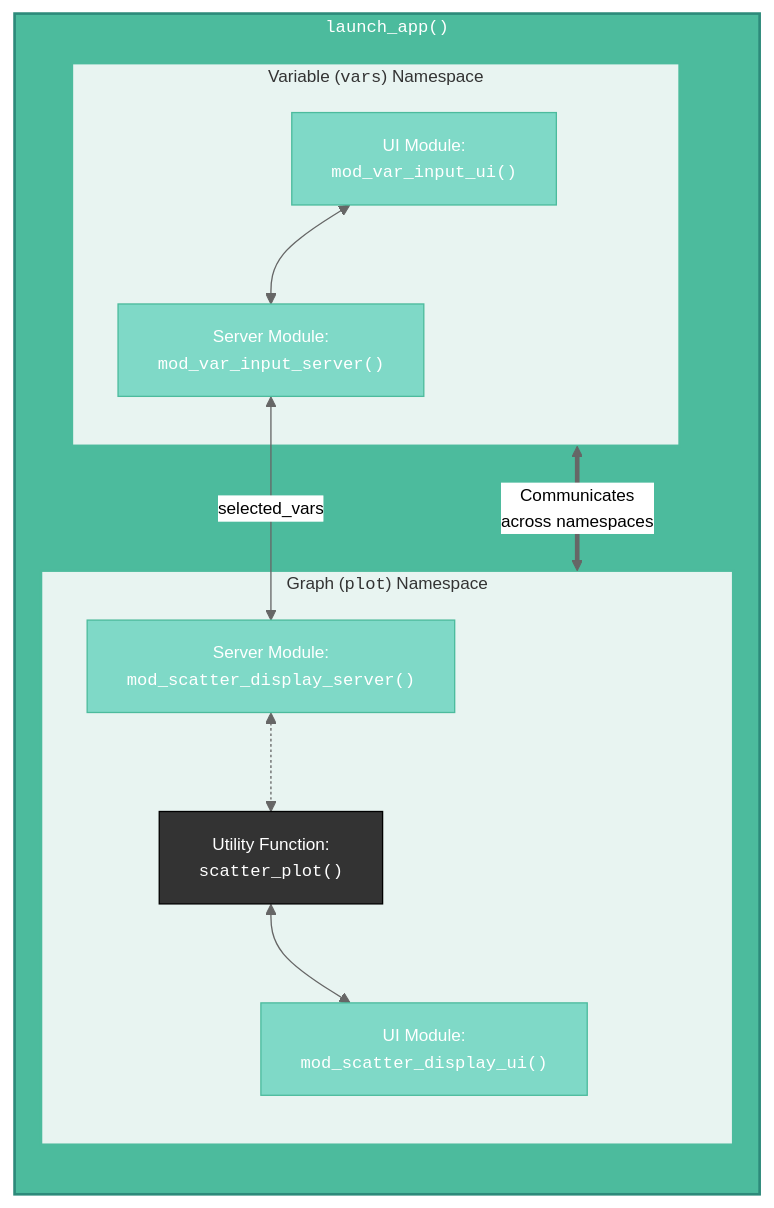
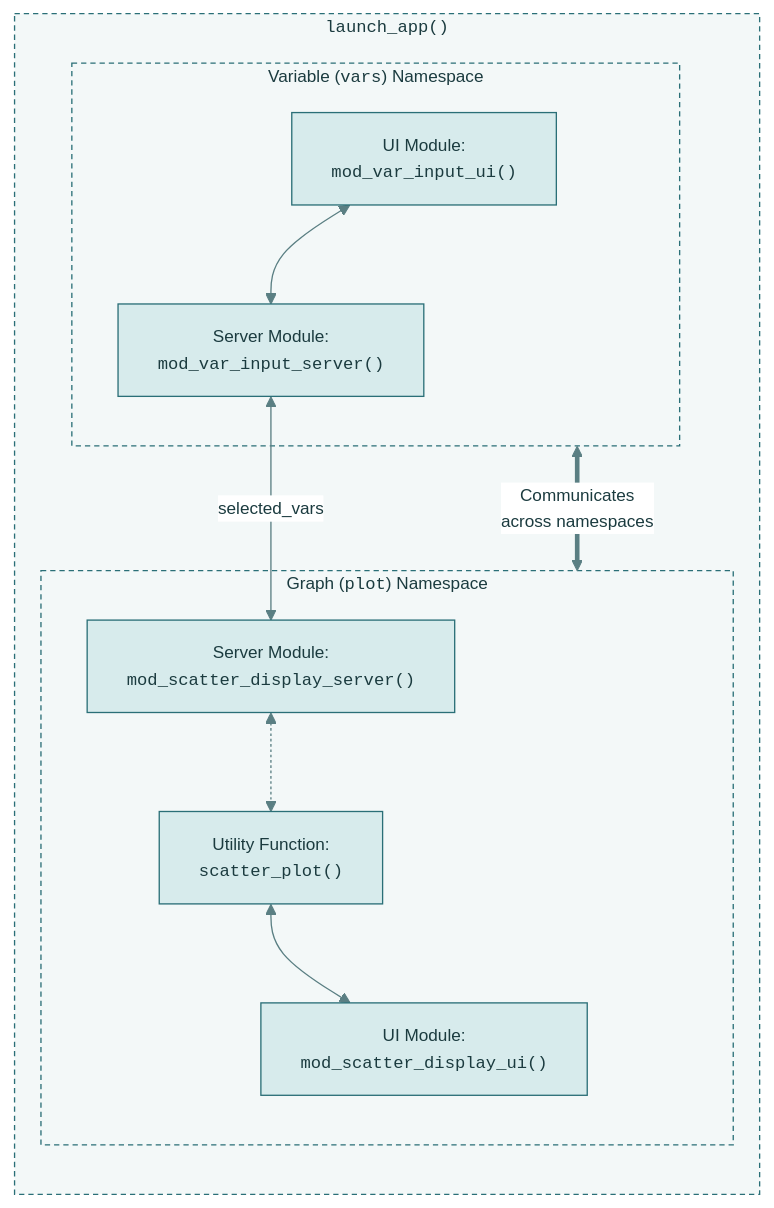
Before and after one commit to mjfrigaard/shiny-app-pkgs: the third of 3 diagrams in shiny.qmd, drawn with Mermaid. The commit also changed other lines of this file and 22 other files, not shown here.

First line of the commit message:
Standardize mermaid diagrams on the site teal palette

````diff
--- a/shiny.qmd
+++ b/shiny.qmd
@@ -927,32 +915,31 @@
 ```{mermaid}
 %%| fig-align: center
 %%| fig-cap: 'Standalone app function'
-%%{init: {'theme': 'neutral', 'themeVariables': { 'fontFamily': 'monospace', "fontSize":"13px"}}}%%
+%%{init: {'theme': 'base', 'themeVariables': { 'fontFamily': 'monospace', "fontSize":"13px", "primaryColor":"#D7EBEC", "primaryTextColor":"#1B3B3F", "primaryBorderColor":"#2A6F77", "lineColor":"#5A7F83", "edgeLabelBackground":"#FFFFFF", "clusterBkg":"#F3F8F8", "clusterBorder":"#2A6F77", "darkMode":false}}}%%
 flowchart LR
     subgraph Launch["<code>launch_app()</code>"]
         subgraph VarNS["Variable (<code>vars</code>) Namespace"]
             VarInpuUI["UI Module:<br><code>mod_var_input_ui()</code>"]
             VarInpuServer["Server Module:<br><code>mod_var_input_server()</code>"]
             VarInpuUI <--> VarInpuServer
         end
         subgraph GraphNS["Graph (<code>plot</code>) Namespace"]
         DisplayUI["UI Module:<br><code>mod_scatter_display_ui()</code>"]
         DisplayServer["Server Module:<br><code>mod_scatter_display_server()</code>"]
         PlotUtil["Utility Function:<br><code>scatter_plot()</code>"]
         VarInpuServer <-->|"selected_vars"|DisplayServer
         DisplayServer <-.-> PlotUtil <--> DisplayUI
         end
     end
 
     VarNS <==>|"Communicates<br>across namespaces"| GraphNS
 
-    style Launch fill:#4CBB9D,color:#fff,stroke:#2d8a7a,stroke-width:2px
-    style VarNS fill:#e8f4f1,stroke:#4CBB9D,stroke-width:2px
-    style GraphNS fill:#e8f4f1,stroke:#4CBB9D,stroke-width:2px
-    style VarInpuUI fill:#7fd9c7,color:#fff,stroke:#4CBB9D,stroke-width:1px
-    style VarInpuServer fill:#7fd9c7,color:#fff,stroke:#4CBB9D,stroke-width:1px
-    style DisplayUI fill:#7fd9c7,color:#fff,stroke:#4CBB9D,stroke-width:1px
-    style DisplayServer fill:#7fd9c7,color:#fff,stroke:#4CBB9D,stroke-width:1px
-    style PlotUtil fill:#333,color:#fff,stroke:#000,stroke-width:1px
-
+    classDef term fill:#2A6F77,color:#FFFFFF,stroke:#1B4F55,stroke-width:1px
+    classDef step fill:#D7EBEC,color:#1B3B3F,stroke:#2A6F77,stroke-width:1px
+    classDef decision fill:#F4C26B,color:#3D2A00,stroke:#B7832B,stroke-width:1px
+    classDef io fill:#FFFFFF,color:#1B3B3F,stroke:#2A6F77,stroke-width:1px
+    class VarInpuUI,VarInpuServer,DisplayUI,DisplayServer,PlotUtil step
+    style Launch fill:#F3F8F8,color:#1B3B3F,stroke:#2A6F77,stroke-width:1px,stroke-dasharray:4 3
+    style VarNS fill:#F3F8F8,color:#1B3B3F,stroke:#2A6F77,stroke-width:1px,stroke-dasharray:4 3
+    style GraphNS fill:#F3F8F8,color:#1B3B3F,stroke:#2A6F77,stroke-width:1px,stroke-dasharray:4 3
 ```
````
